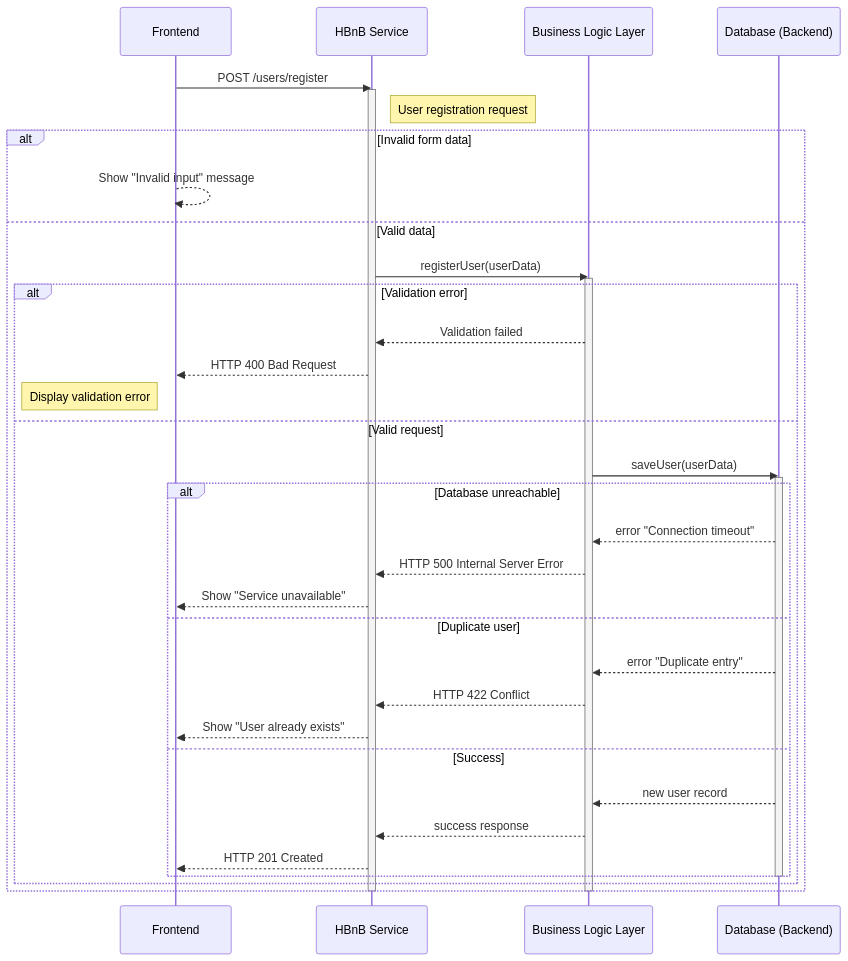
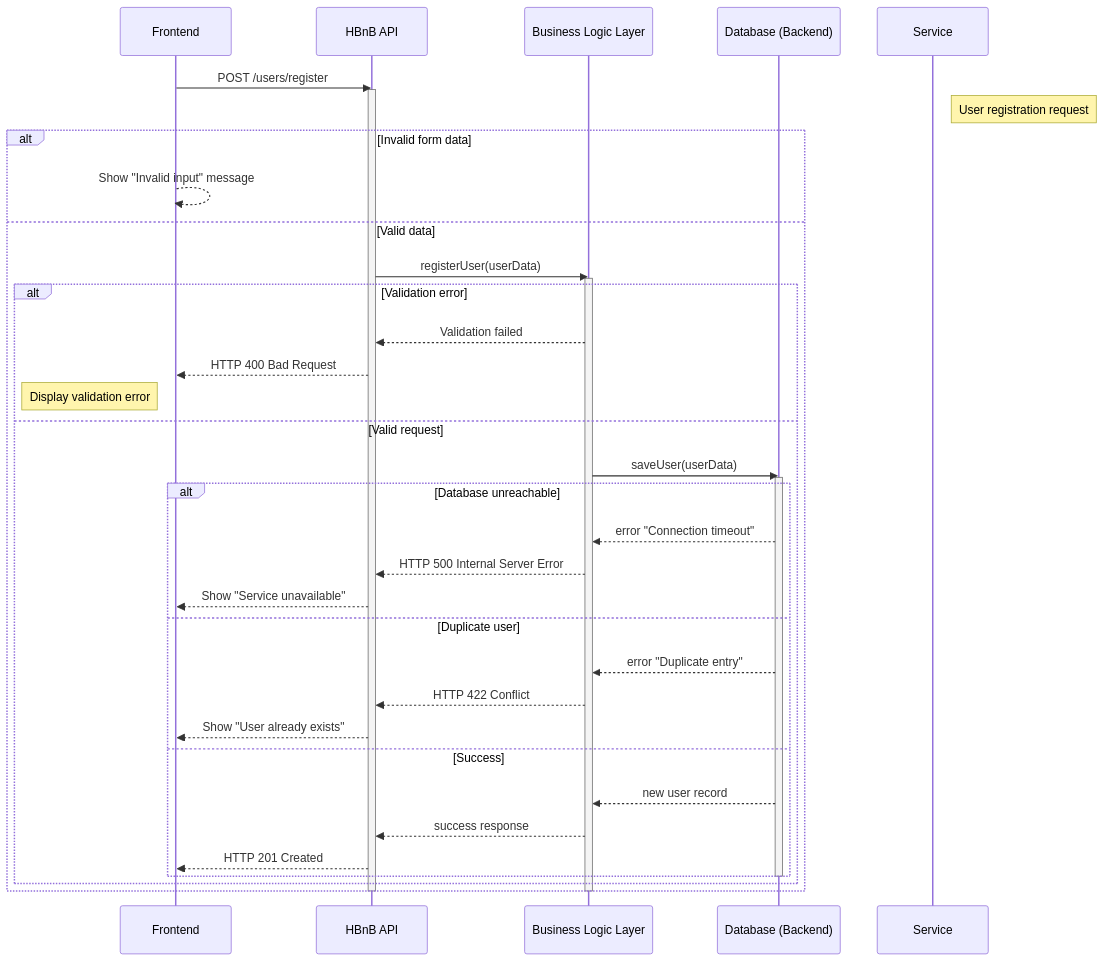
The first of 3 diagrams in part1/task_3.md (LEROY-Yanis/holbertonschool-hbnb), drawn with Mermaid before and after one commit. The commit also changed other lines of this file, not shown here.

First line of the commit message:
Refactor sequence diagrams to use 'API' instead of 'Service'

````diff
--- a/part1/task_3.md
+++ b/part1/task_3.md
@@ -5,45 +5,45 @@
 ```mermaid
 sequenceDiagram
     participant User as Frontend
-    participant Service as HBnB Service
+    participant API as HBnB API
     participant Logic as Business Logic Layer
     participant Storage as Database (Backend)
 
-    User->>Service: POST /users/register
-    activate Service
+    User->>API: POST /users/register
+    activate API
     Note right of Service: User registration request
 
     alt Invalid form data
         User-->>User: Show "Invalid input" message
     else Valid data
-        Service->>Logic: registerUser(userData)
+        API->>Logic: registerUser(userData)
         activate Logic
 
         alt Validation error
-            Logic-->>Service: Validation failed
-            Service-->>User: HTTP 400 Bad Request
+            Logic-->>API: Validation failed
+            API-->>User: HTTP 400 Bad Request
             Note left of User: Display validation error
         else Valid request
             Logic->>Storage: saveUser(userData)
             activate Storage
 
             alt Database unreachable
                 Storage-->>Logic: error "Connection timeout"
-                Logic-->>Service: HTTP 500 Internal Server Error
-                Service-->>User: Show "Service unavailable"
+                Logic-->>API: HTTP 500 Internal Server Error
+                API-->>User: Show "Service unavailable"
             else Duplicate user
                 Storage-->>Logic: error "Duplicate entry"
-                Logic-->>Service: HTTP 422 Conflict
-                Service-->>User: Show "User already exists"
+                Logic-->>API: HTTP 422 Conflict
+                API-->>User: Show "User already exists"
             else Success
                 Storage-->>Logic: new user record
-                Logic-->>Service: success response
-                Service-->>User: HTTP 201 Created
+                Logic-->>API: success response
+                API-->>User: HTTP 201 Created
             end
             deactivate Storage
         end
     end
 
     deactivate Logic
-    deactivate Service
+    deactivate API
 ```
````
